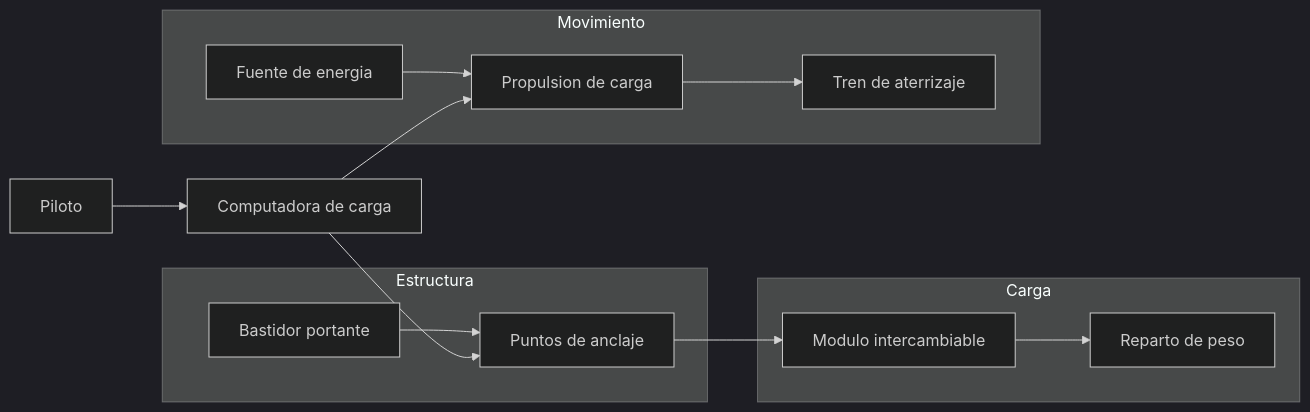
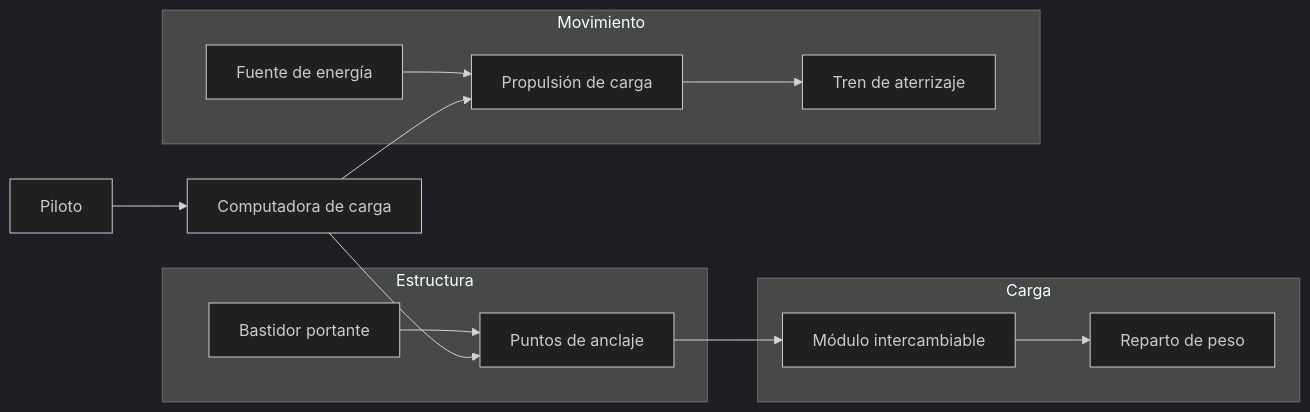
Before and after one commit to vladimiracunadev-create/machine-operator-program: the first of 3 diagrams in vehiculos-fantasticos/thunderbird-2/operacion/sistemas-mecanicos-thunderbird-2.md, drawn with Mermaid (dark theme). The commit also changed other lines of this file and 442 other files, not shown here.

````diff
--- a/vehiculos-fantasticos/thunderbird-2/operacion/sistemas-mecanicos-thunderbird-2.md
+++ b/vehiculos-fantasticos/thunderbird-2/operacion/sistemas-mecanicos-thunderbird-2.md
@@ -12,17 +12,17 @@
 ```mermaid
 flowchart LR
     subgraph Estructura
         Bast[Bastidor portante] --> Anc[Puntos de anclaje]
     end
     subgraph Carga
-        Anc --> Mod[Modulo intercambiable]
+        Anc --> Mod[Módulo intercambiable]
         Mod --> Peso[Reparto de peso]
     end
     subgraph Movimiento
-        Ener[Fuente de energia] --> Prop[Propulsion de carga]
+        Ener[Fuente de energía] --> Prop[Propulsión de carga]
         Prop --> Tren[Tren de aterrizaje]
     end
     Piloto[Piloto] --> Comp[Computadora de carga]
     Comp --> Anc
     Comp --> Prop
 ```
````
